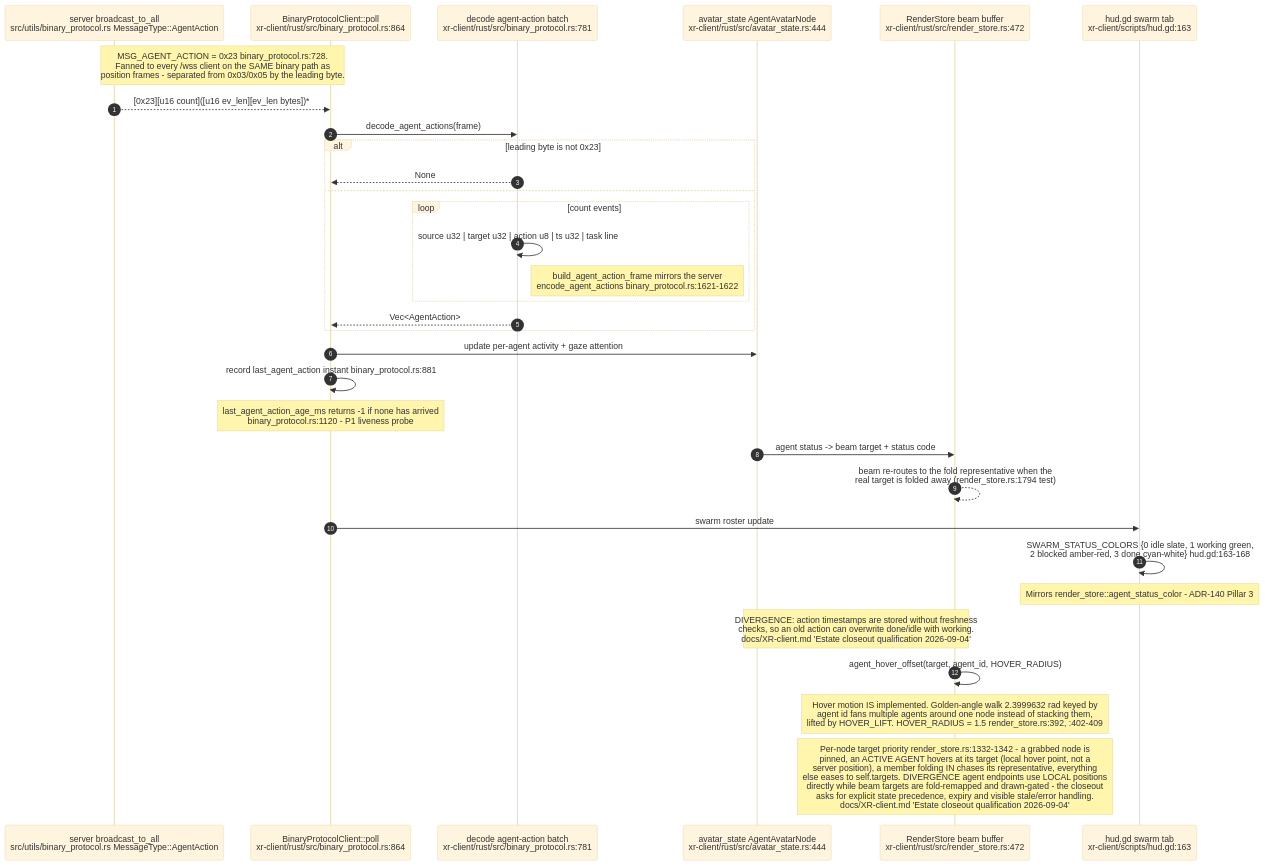
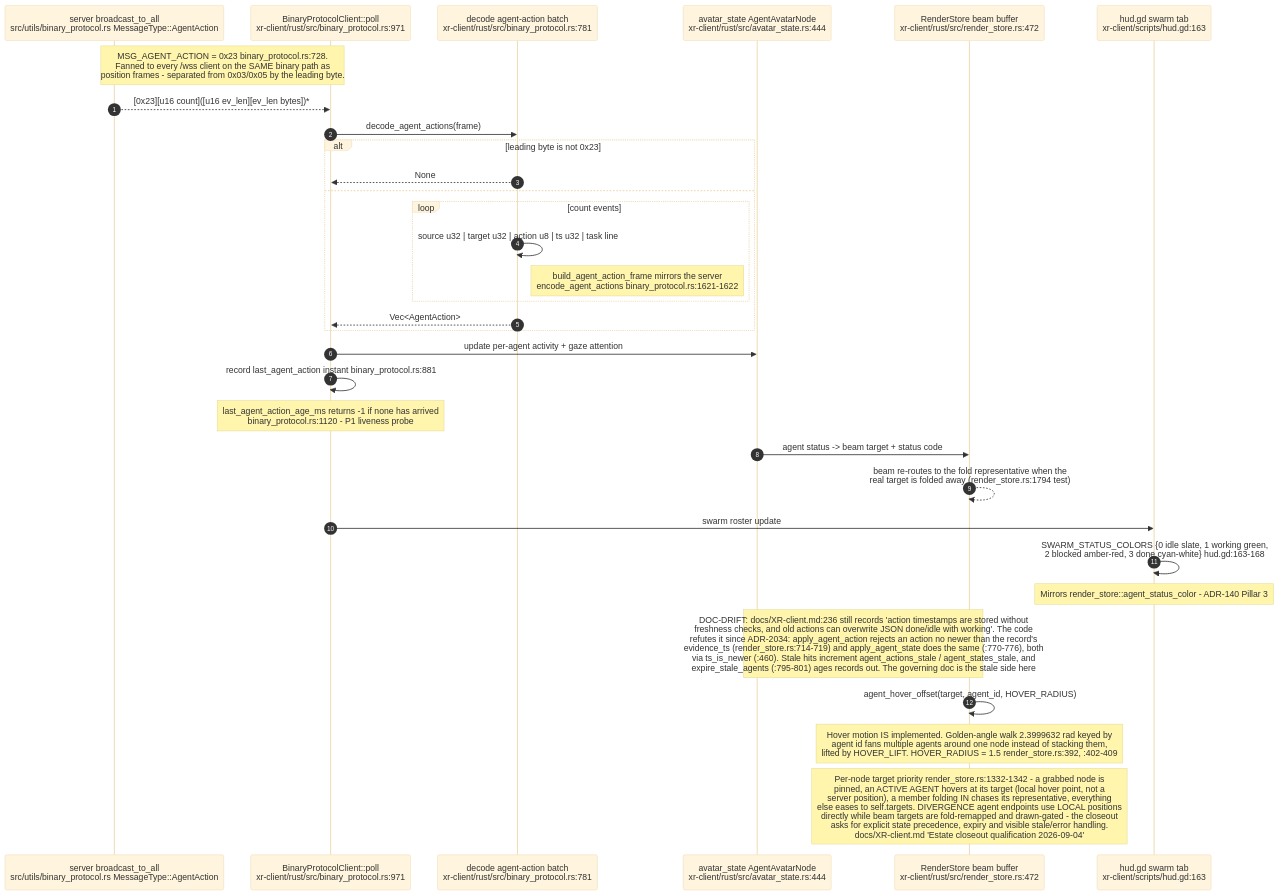
The ninth of 18 diagrams in docs/diagrams/visionclaw/36-godot-xr-client.md (DreamLab-AI/AR-AI-Knowledge-Graph), drawn with Mermaid (base theme) before and after one commit. The commit also changed other lines of this file and 36 other files, not shown here.

````diff
--- a/docs/diagrams/visionclaw/36-godot-xr-client.md
+++ b/docs/diagrams/visionclaw/36-godot-xr-client.md
@@ -406,35 +406,35 @@
 ```mermaid
 sequenceDiagram
     autonumber
     participant SV as server broadcast_to_all<br/>src/utils/binary_protocol.rs MessageType::AgentAction
-    participant BP as BinaryProtocolClient::poll<br/>xr-client/rust/src/binary_protocol.rs:864
+    participant BP as BinaryProtocolClient::poll<br/>xr-client/rust/src/binary_protocol.rs:971
     participant DA as decode agent-action batch<br/>xr-client/rust/src/binary_protocol.rs:781
     participant AS as avatar_state AgentAvatarNode<br/>xr-client/rust/src/avatar_state.rs:444
     participant RS as RenderStore beam buffer<br/>xr-client/rust/src/render_store.rs:472
     participant HD as hud.gd swarm tab<br/>xr-client/scripts/hud.gd:163
 
     Note over SV,BP: MSG_AGENT_ACTION = 0x23 binary_protocol.rs:728.<br/>Fanned to every /wss client on the SAME binary path as<br/>position frames - separated from 0x03/0x05 by the leading byte.
     SV-->>BP: [0x23][u16 count]([u16 ev_len][ev_len bytes])*
     BP->>DA: decode_agent_actions(frame)
     alt leading byte is not 0x23
         DA-->>BP: None
     else
         loop count events
             DA->>DA: source u32 | target u32 | action u8 | ts u32 | task line
             Note right of DA: build_agent_action_frame mirrors the server<br/>encode_agent_actions binary_protocol.rs:1621-1622
         end
         DA-->>BP: Vec<AgentAction>
     end
     BP->>AS: update per-agent activity + gaze attention
     BP->>BP: record last_agent_action instant binary_protocol.rs:881
     Note over BP: last_agent_action_age_ms returns -1 if none has arrived<br/>binary_protocol.rs:1120 - P1 liveness probe
     AS->>RS: agent status -> beam target + status code
     RS-->>RS: beam re-routes to the fold representative when the<br/>real target is folded away (render_store.rs:1794 test)
     BP->>HD: swarm roster update
     HD->>HD: SWARM_STATUS_COLORS {0 idle slate, 1 working green,<br/>2 blocked amber-red, 3 done cyan-white} hud.gd:163-168
     Note over HD: Mirrors render_store::agent_status_color - ADR-140 Pillar 3
-    Note over AS,RS: DIVERGENCE: action timestamps are stored without freshness<br/>checks, so an old action can overwrite done/idle with working.<br/>docs/XR-client.md 'Estate closeout qualification 2026-09-04'
+    Note over AS,RS: DOC-DRIFT: docs/XR-client.md:236 still records 'action timestamps are stored without<br/>freshness checks, and old actions can overwrite JSON done/idle with working'. The code<br/>refutes it since ADR-2034: apply_agent_action rejects an action no newer than the record's<br/>evidence_ts (render_store.rs:714-719) and apply_agent_state does the same (:770-776), both<br/>via ts_is_newer (:460). Stale hits increment agent_actions_stale / agent_states_stale, and<br/>expire_stale_agents (:795-801) ages records out. The governing doc is the stale side here
     RS->>RS: agent_hover_offset(target, agent_id, HOVER_RADIUS)
     Note over RS: Hover motion IS implemented. Golden-angle walk 2.3999632 rad keyed by<br/>agent id fans multiple agents around one node instead of stacking them,<br/>lifted by HOVER_LIFT. HOVER_RADIUS = 1.5 render_store.rs:392, :402-409
     Note over RS: Per-node target priority render_store.rs:1332-1342 - a grabbed node is<br/>pinned, an ACTIVE AGENT hovers at its target (local hover point, not a<br/>server position), a member folding IN chases its representative, everything<br/>else eases to self.targets. DIVERGENCE agent endpoints use LOCAL positions<br/>directly while beam targets are fold-remapped and drawn-gated - the closeout<br/>asks for explicit state precedence, expiry and visible stale/error handling.<br/>docs/XR-client.md 'Estate closeout qualification 2026-09-04'
 ```
````
